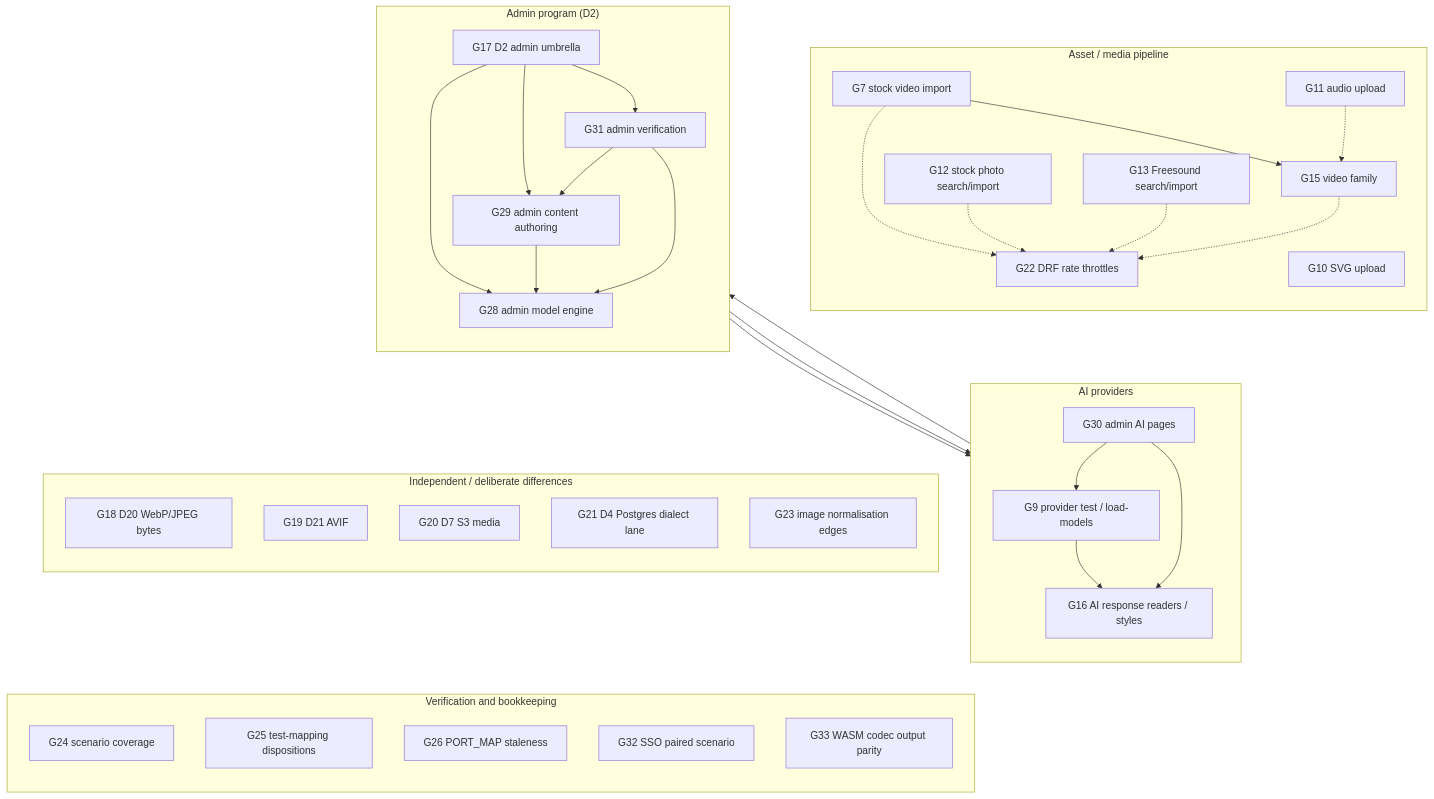
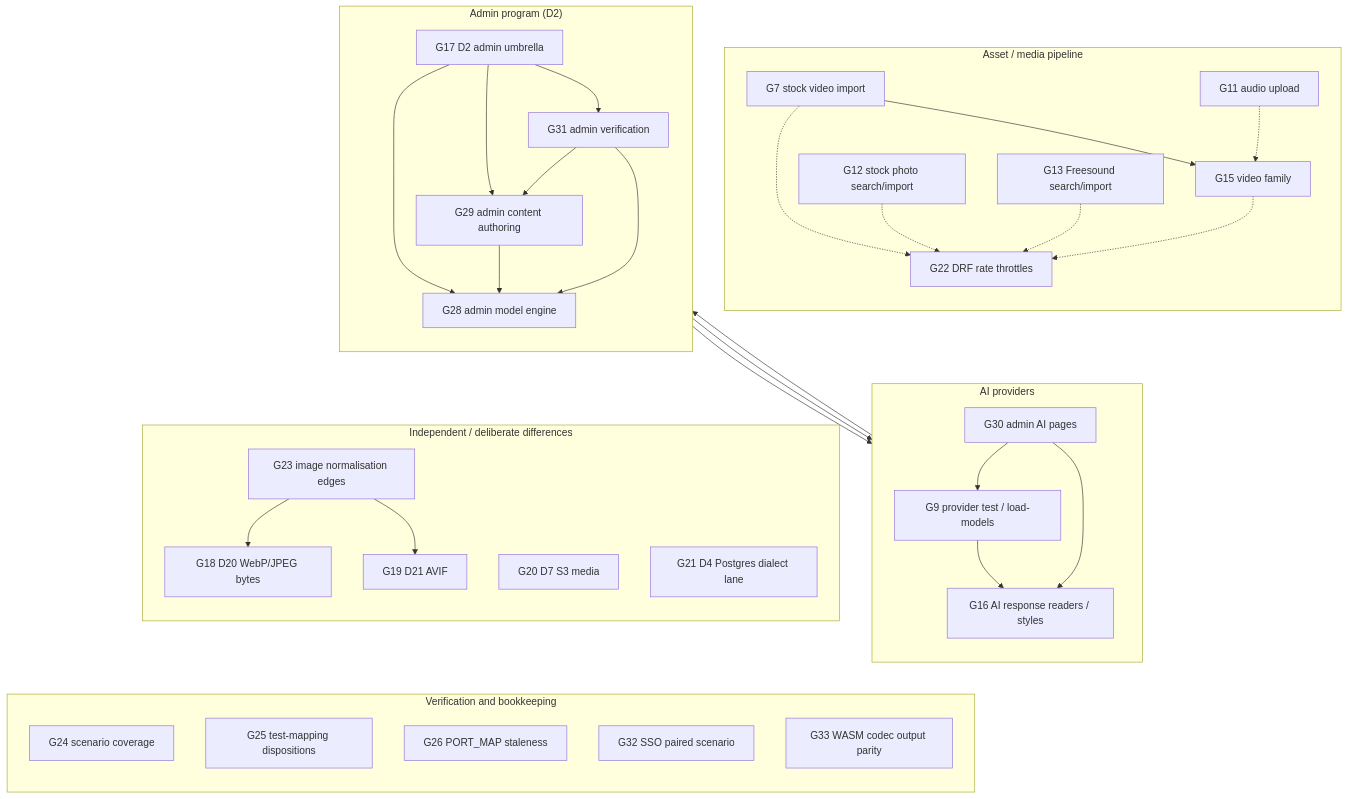
Before and after one commit to liyu1981/doory-go: the diagram in docs/parity/GAPS.md, drawn with Mermaid. The commit also changed other lines of this file and 3 other files, not shown here.

First line of the commit message:
Implement SVG asset upload

````diff
--- a/docs/parity/GAPS.md
+++ b/docs/parity/GAPS.md
@@ -33,78 +33,80 @@
 ```mermaid
 flowchart TB
   %% asset / media pipeline
   subgraph Media["Asset / media pipeline"]
     direction TB
     G15["G15 video family"]
     G7["G7 stock video import"]
     G12["G12 stock photo search/import"]
     G13["G13 Freesound search/import"]
-    G10["G10 SVG upload"]
     G11["G11 audio upload"]
     G22["G22 DRF rate throttles"]
 
     G7 --> G15
     G7 -.-> G22
     G12 -.-> G22
     G13 -.-> G22
     G15 -.-> G22
     G11 -.-> G15
   end
 
   %% AI
   subgraph AI["AI providers"]
     direction TB
     G16["G16 AI response readers / styles"]
     G9["G9 provider test / load-models"]
     G30["G30 admin AI pages"]
 
     G9 --> G16
     G30 --> G9
     G30 --> G16
   end
 
   %% admin program
   subgraph Admin["Admin program (D2)"]
     direction TB
     G17["G17 D2 admin umbrella"]
     G28["G28 admin model engine"]
     G29["G29 admin content authoring"]
     G31["G31 admin verification"]
 
     G17 --> G28
     G17 --> G29
     G17 --> G30
     G17 --> G31
     G29 --> G28
     G30 --> G28
     G31 --> G28
     G31 --> G29
     G31 --> G30
   end
 
   %% independent deliberate differences
   subgraph Differences["Independent / deliberate differences"]
     direction TB
     G18["G18 D20 WebP/JPEG bytes"]
     G19["G19 D21 AVIF"]
     G20["G20 D7 S3 media"]
     G21["G21 D4 Postgres dialect lane"]
     G23["G23 image normalisation edges"]
+
+    G23 --> G18
+    G23 --> G19
   end
 
   %% verification / bookkeeping (not feature prerequisites)
   subgraph Verification["Verification and bookkeeping"]
     direction TB
     G24["G24 scenario coverage"]
     G25["G25 test-mapping dispositions"]
     G26["G26 PORT_MAP staleness"]
     G32["G32 SSO paired scenario"]
     G33["G33 WASM codec output parity"]
   end
 
   %% Layout-only links: keep the clusters stacked vertically (they are invisible).
   G11 ~~~ G16
   G16 ~~~ G28
   G28 ~~~ G18
   G18 ~~~ G24
 ```
````
